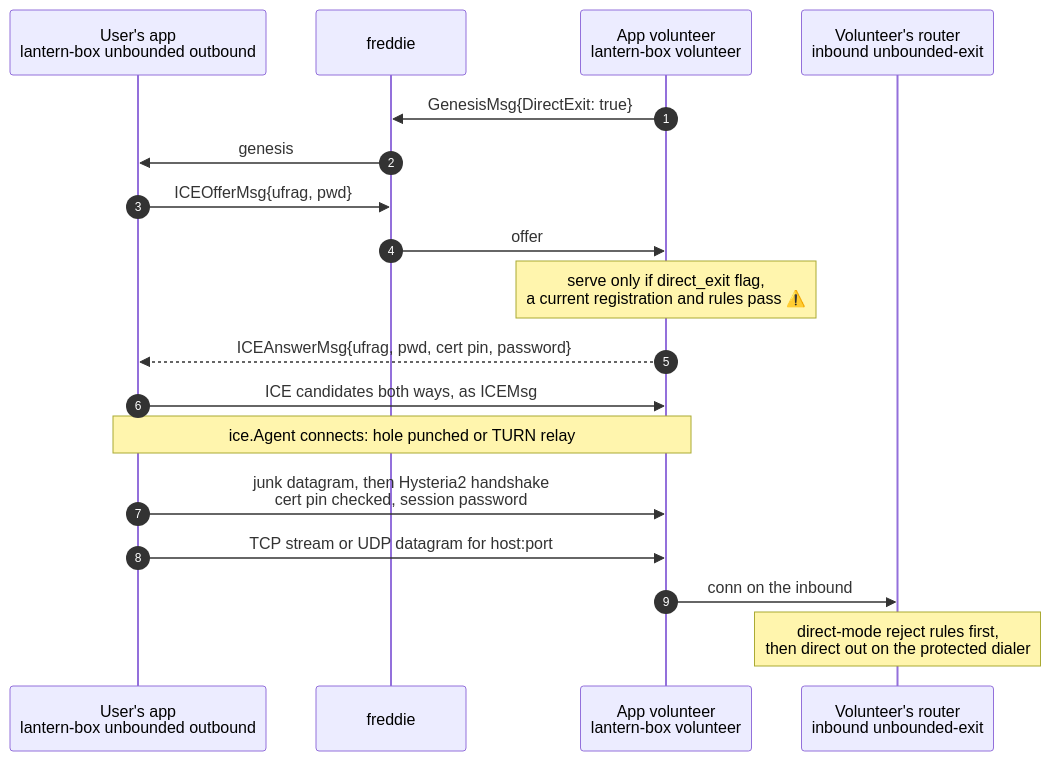
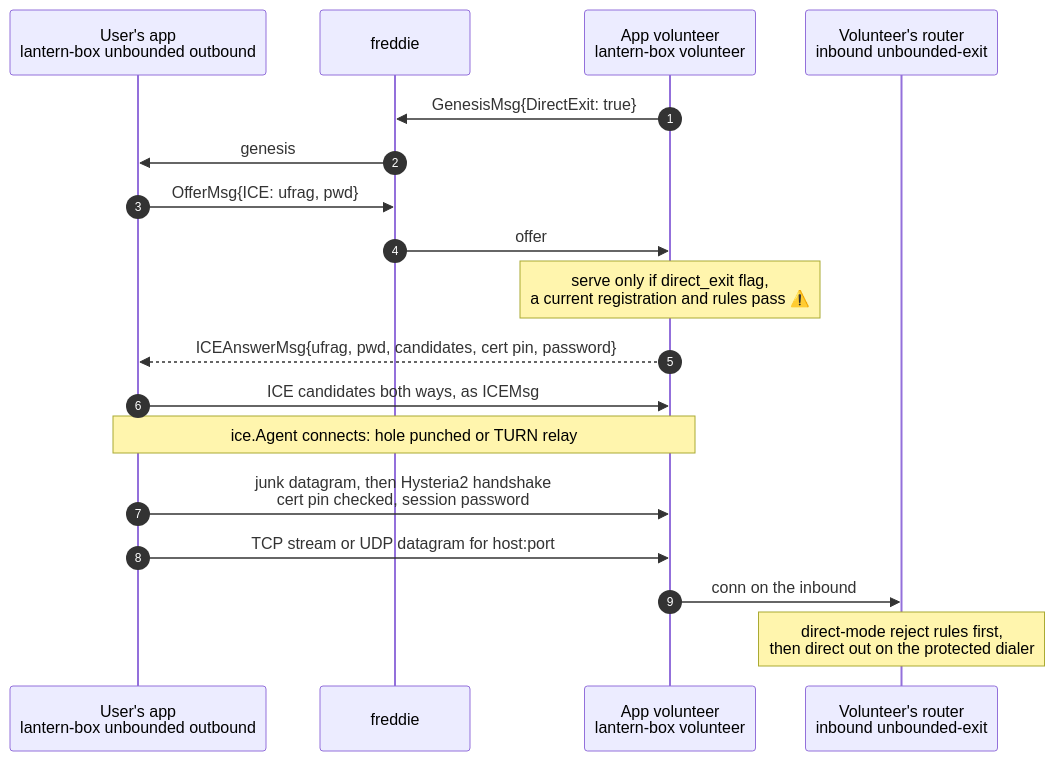
The diagram in docs/superpowers/specs/2026-11-17-volunteer-direct-exit-design.md (getlantern/unbounded), drawn with Mermaid before and after one commit. The commit also changed other lines of this file and 2 other files, not shown here.

````diff
--- a/docs/superpowers/specs/2026-11-17-volunteer-direct-exit-design.md
+++ b/docs/superpowers/specs/2026-11-17-volunteer-direct-exit-design.md
@@ -57,21 +57,21 @@
 ```mermaid
 sequenceDiagram
     autonumber
     participant U as User's app<br/>lantern-box unbounded outbound
     participant F as freddie
     participant V as App volunteer<br/>lantern-box volunteer
     participant R as Volunteer's router<br/>inbound unbounded-exit
 
     V->>F: GenesisMsg{DirectExit: true}
     F->>U: genesis
-    U->>F: ICEOfferMsg{ufrag, pwd}
+    U->>F: OfferMsg{ICE: ufrag, pwd}
     F->>V: offer
     Note over V: serve only if direct_exit flag,<br/>a current registration and rules pass ⚠️
-    V-->>U: ICEAnswerMsg{ufrag, pwd, cert pin, password}
+    V-->>U: ICEAnswerMsg{ufrag, pwd, candidates, cert pin, password}
     U->>V: ICE candidates both ways, as ICEMsg
     Note over U,V: ice.Agent connects: hole punched or TURN relay
     U->>V: junk datagram, then Hysteria2 handshake<br/>cert pin checked, session password
     U->>V: TCP stream or UDP datagram for host:port
     V->>R: conn on the inbound
     Note over R: direct-mode reject rules first,<br/>then direct out on the protected dialer
 ```
````
